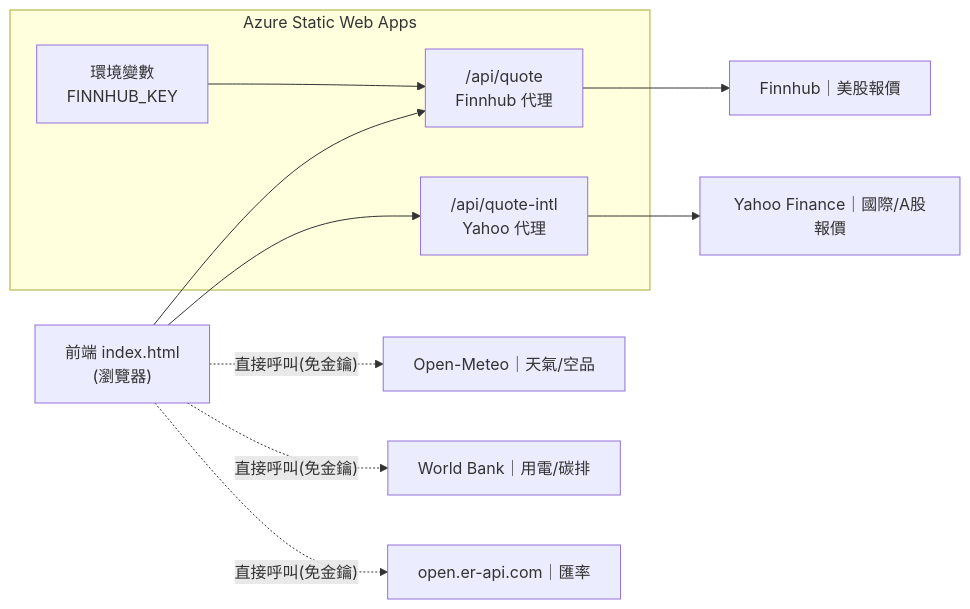
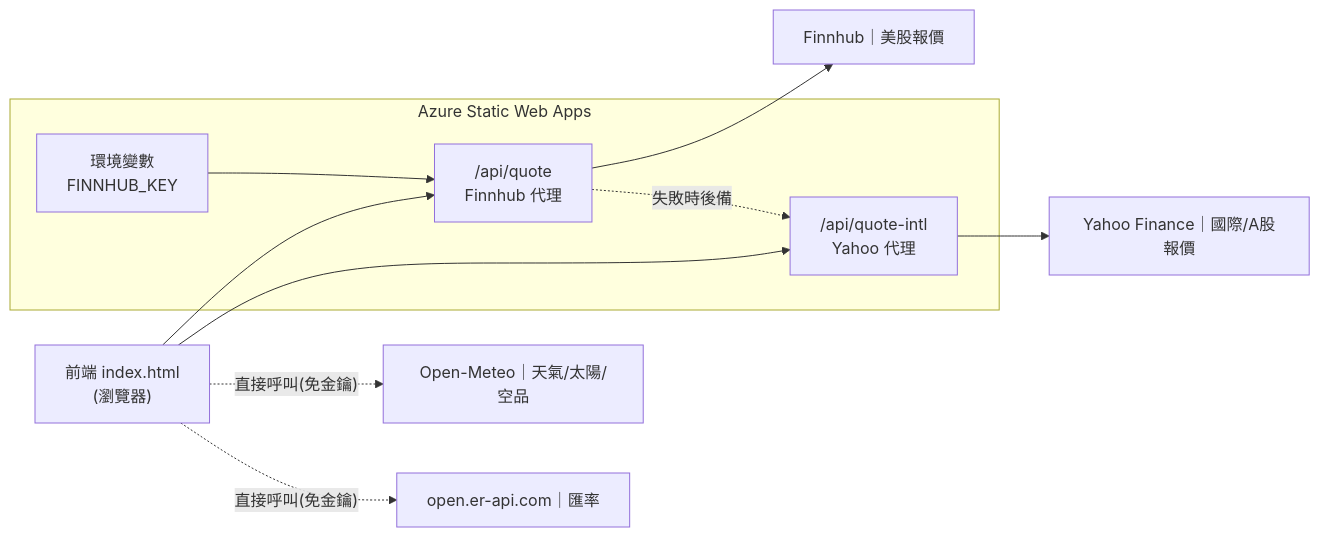
The diagram in README.md (watertea-lab/energy-empire), drawn with Mermaid before and after one commit. The commit also changed other lines of this file, not shown here.

````diff
--- a/README.md
+++ b/README.md
@@ -26,23 +28,22 @@
 ```mermaid
 flowchart LR
     U["前端 index.html<br/>(瀏覽器)"]
     subgraph SWA["Azure Static Web Apps"]
         F1["/api/quote<br/>Finnhub 代理"]
         F2["/api/quote-intl<br/>Yahoo 代理"]
         KEY["環境變數<br/>FINNHUB_KEY"]
     end
     FH["Finnhub｜美股報價"]
     YH["Yahoo Finance｜國際/A股報價"]
-    OM["Open-Meteo｜天氣/空品"]
-    WB["World Bank｜用電/碳排"]
+    OM["Open-Meteo｜天氣/太陽/空品"]
     FX["open.er-api.com｜匯率"]
 
     U --> F1
     U --> F2
     U -. "直接呼叫(免金鑰)" .-> OM
-    U -. "直接呼叫(免金鑰)" .-> WB
     U -. "直接呼叫(免金鑰)" .-> FX
     KEY --> F1
     F1 --> FH
     F2 --> YH
+    F1 -. "失敗時後備" .-> F2
 ```
````
